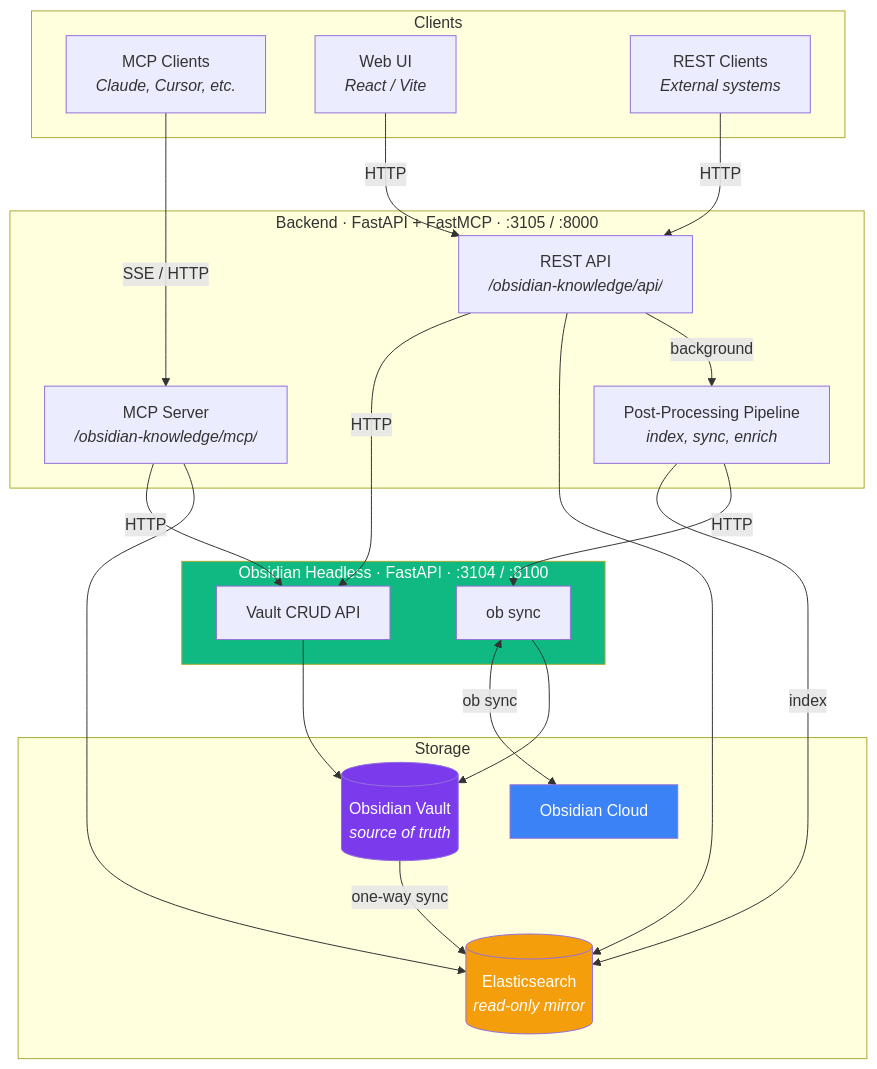
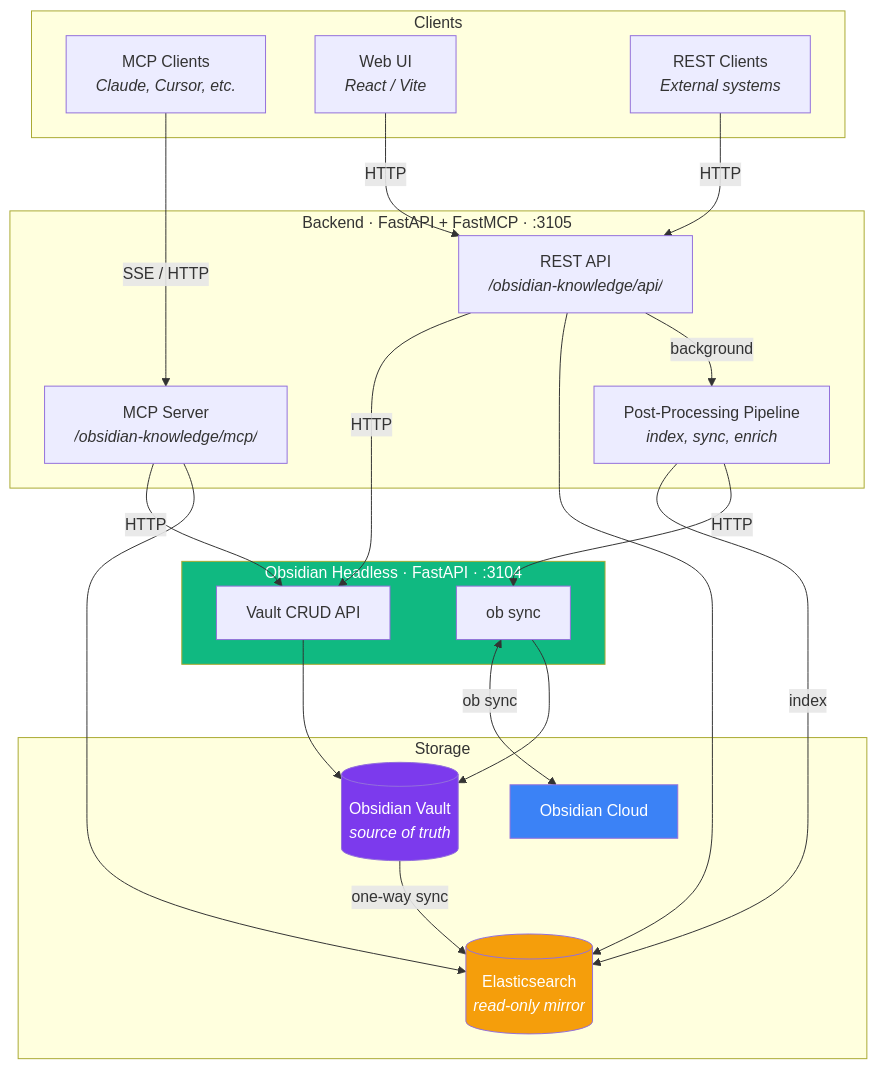
One commit to derickson/obsidian-knowledge changed the diagram in README.md. Above: the diagram before and after it, drawn with Mermaid. The commit also changed other lines of this file and 10 other files, not shown here.

````diff
--- a/README.md
+++ b/README.md
@@ -7,49 +7,49 @@
 ```mermaid
 graph TD
     subgraph Clients
         MCP[MCP Clients<br><i>Claude, Cursor, etc.</i>]
         UI[Web UI<br><i>React / Vite</i>]
         REST[REST Clients<br><i>External systems</i>]
     end
 
-    subgraph Backend["Backend · FastAPI + FastMCP · :3105 / :8000"]
+    subgraph Backend["Backend · FastAPI + FastMCP · :3105"]
         API[REST API<br><i>/obsidian-knowledge/api/</i>]
         MCPS[MCP Server<br><i>/obsidian-knowledge/mcp/</i>]
         Pipeline[Post-Processing Pipeline<br><i>index, sync, enrich</i>]
     end
 
-    subgraph Headless["Obsidian Headless · FastAPI · :3104 / :8100"]
+    subgraph Headless["Obsidian Headless · FastAPI · :3104"]
         VaultAPI[Vault CRUD API]
         Sync[ob sync]
     end
 
     subgraph Storage
         Vault[(Obsidian Vault<br><i>source of truth</i>)]
         ES[(Elasticsearch<br><i>read-only mirror</i>)]
         Cloud[Obsidian Cloud]
     end
 
     MCP -->|SSE / HTTP| MCPS
     UI -->|HTTP| API
     REST -->|HTTP| API
 
     API -->|HTTP| VaultAPI
     MCPS -->|HTTP| VaultAPI
     API --> ES
     MCPS --> ES
 
     API -->|background| Pipeline
     Pipeline -->|index| ES
     Pipeline -->|HTTP| Sync
 
     VaultAPI --> Vault
     Sync <-->|ob sync| Cloud
     Sync --> Vault
 
     Vault -->|one-way sync| ES
 
     style Vault fill:#7c3aed,color:#fff
     style ES fill:#f59e0b,color:#fff
     style Cloud fill:#3b82f6,color:#fff
     style Headless fill:#10b981,color:#fff
 ```
````
